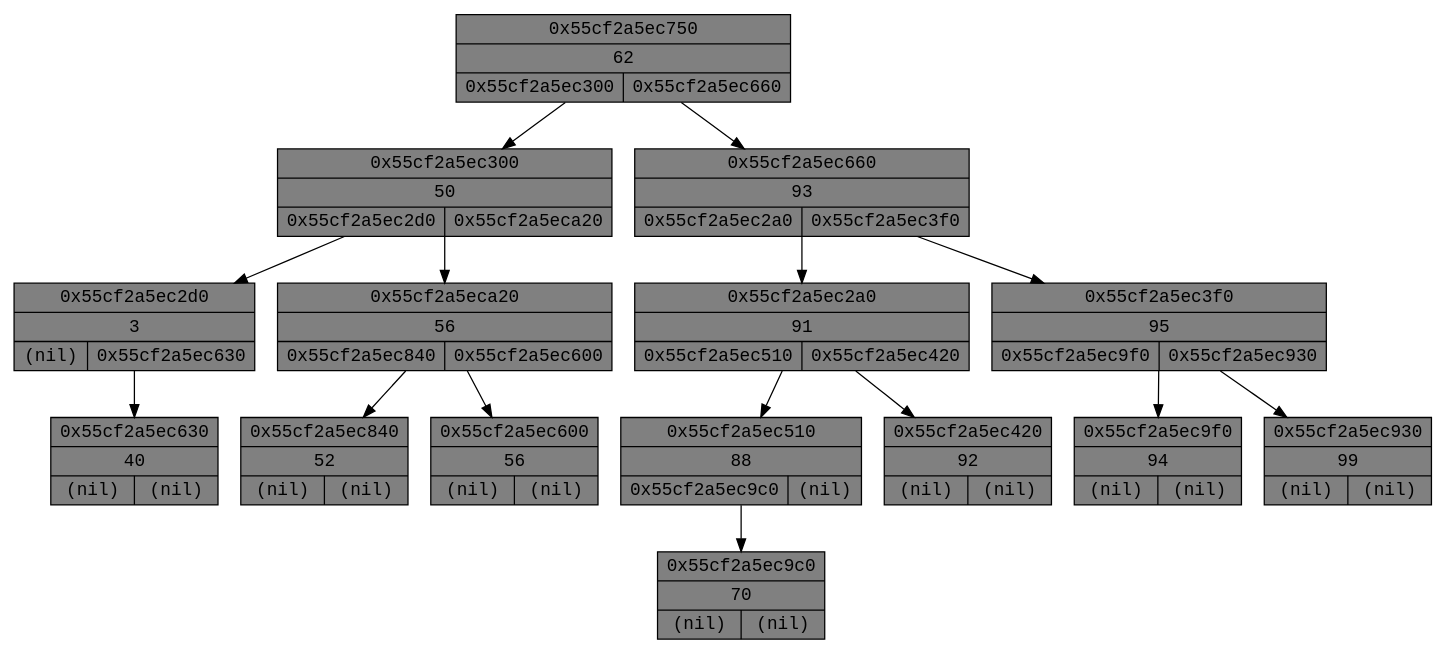
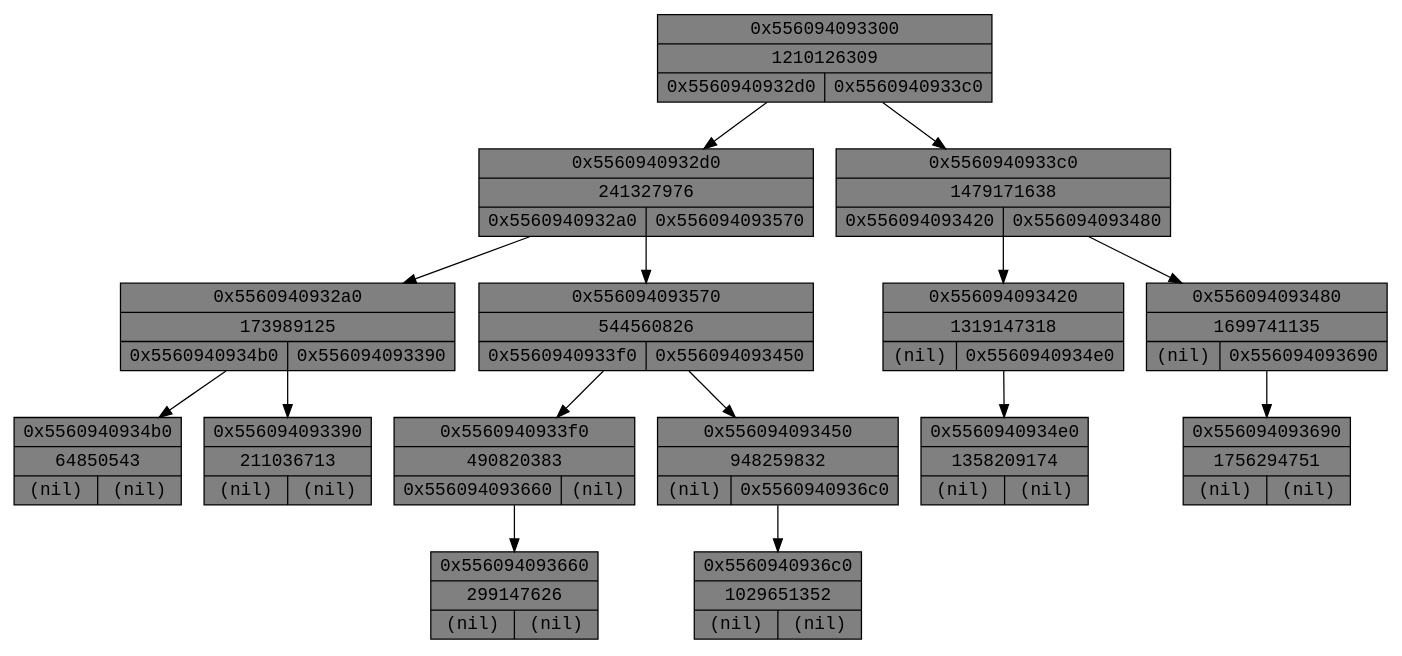
The diagram in relatorio-2/fontes/2.arvore-avl/tree_avl.dot (AndersonAzeved/Estrutura-Dados), drawn with Graphviz before and after one commit. The commit also changed 3 other files, not shown here.

```diff
--- a/relatorio-2/fontes/2.arvore-avl/tree_avl.dot
+++ b/relatorio-2/fontes/2.arvore-avl/tree_avl.dot
@@ -1,39 +1,39 @@
 digraph G
 {
   node
   [
     fontname=Monospace
     shape=record
     style=filled
     fillcolor=grey
   ];
-  "0x55cf2a5ec2d0" [label="{0x55cf2a5ec2d0|3|{(nil)|0x55cf2a5ec630}}"];
-  "0x55cf2a5ec2d0" -> "0x55cf2a5ec630";
-  "0x55cf2a5ec630" [label="{0x55cf2a5ec630|40|{(nil)|(nil)}}"];
-  "0x55cf2a5ec300" [label="{0x55cf2a5ec300|50|{0x55cf2a5ec2d0|0x55cf2a5eca20}}"];
-  "0x55cf2a5ec300" -> "0x55cf2a5ec2d0";
-  "0x55cf2a5ec300" -> "0x55cf2a5eca20";
-  "0x55cf2a5ec840" [label="{0x55cf2a5ec840|52|{(nil)|(nil)}}"];
-  "0x55cf2a5eca20" [label="{0x55cf2a5eca20|56|{0x55cf2a5ec840|0x55cf2a5ec600}}"];
-  "0x55cf2a5eca20" -> "0x55cf2a5ec840";
-  "0x55cf2a5eca20" -> "0x55cf2a5ec600";
-  "0x55cf2a5ec600" [label="{0x55cf2a5ec600|56|{(nil)|(nil)}}"];
-  "0x55cf2a5ec750" [label="{0x55cf2a5ec750|62|{0x55cf2a5ec300|0x55cf2a5ec660}}"];
-  "0x55cf2a5ec750" -> "0x55cf2a5ec300";
-  "0x55cf2a5ec750" -> "0x55cf2a5ec660";
-  "0x55cf2a5ec9c0" [label="{0x55cf2a5ec9c0|70|{(nil)|(nil)}}"];
-  "0x55cf2a5ec510" [label="{0x55cf2a5ec510|88|{0x55cf2a5ec9c0|(nil)}}"];
-  "0x55cf2a5ec510" -> "0x55cf2a5ec9c0";
-  "0x55cf2a5ec2a0" [label="{0x55cf2a5ec2a0|91|{0x55cf2a5ec510|0x55cf2a5ec420}}"];
-  "0x55cf2a5ec2a0" -> "0x55cf2a5ec510";
-  "0x55cf2a5ec2a0" -> "0x55cf2a5ec420";
-  "0x55cf2a5ec420" [label="{0x55cf2a5ec420|92|{(nil)|(nil)}}"];
-  "0x55cf2a5ec660" [label="{0x55cf2a5ec660|93|{0x55cf2a5ec2a0|0x55cf2a5ec3f0}}"];
-  "0x55cf2a5ec660" -> "0x55cf2a5ec2a0";
-  "0x55cf2a5ec660" -> "0x55cf2a5ec3f0";
-  "0x55cf2a5ec9f0" [label="{0x55cf2a5ec9f0|94|{(nil)|(nil)}}"];
-  "0x55cf2a5ec3f0" [label="{0x55cf2a5ec3f0|95|{0x55cf2a5ec9f0|0x55cf2a5ec930}}"];
-  "0x55cf2a5ec3f0" -> "0x55cf2a5ec9f0";
-  "0x55cf2a5ec3f0" -> "0x55cf2a5ec930";
-  "0x55cf2a5ec930" [label="{0x55cf2a5ec930|99|{(nil)|(nil)}}"];
+  "0x5560940934b0" [label="{0x5560940934b0|64850543|{(nil)|(nil)}}"];
+  "0x5560940932a0" [label="{0x5560940932a0|173989125|{0x5560940934b0|0x556094093390}}"];
+  "0x5560940932a0" -> "0x5560940934b0";
+  "0x5560940932a0" -> "0x556094093390";
+  "0x556094093390" [label="{0x556094093390|211036713|{(nil)|(nil)}}"];
+  "0x5560940932d0" [label="{0x5560940932d0|241327976|{0x5560940932a0|0x556094093570}}"];
+  "0x5560940932d0" -> "0x5560940932a0";
+  "0x5560940932d0" -> "0x556094093570";
+  "0x556094093660" [label="{0x556094093660|299147626|{(nil)|(nil)}}"];
+  "0x5560940933f0" [label="{0x5560940933f0|490820383|{0x556094093660|(nil)}}"];
+  "0x5560940933f0" -> "0x556094093660";
+  "0x556094093570" [label="{0x556094093570|544560826|{0x5560940933f0|0x556094093450}}"];
+  "0x556094093570" -> "0x5560940933f0";
+  "0x556094093570" -> "0x556094093450";
+  "0x556094093450" [label="{0x556094093450|948259832|{(nil)|0x5560940936c0}}"];
+  "0x556094093450" -> "0x5560940936c0";
+  "0x5560940936c0" [label="{0x5560940936c0|1029651352|{(nil)|(nil)}}"];
+  "0x556094093300" [label="{0x556094093300|1210126309|{0x5560940932d0|0x5560940933c0}}"];
+  "0x556094093300" -> "0x5560940932d0";
+  "0x556094093300" -> "0x5560940933c0";
+  "0x556094093420" [label="{0x556094093420|1319147318|{(nil)|0x5560940934e0}}"];
+  "0x556094093420" -> "0x5560940934e0";
+  "0x5560940934e0" [label="{0x5560940934e0|1358209174|{(nil)|(nil)}}"];
+  "0x5560940933c0" [label="{0x5560940933c0|1479171638|{0x556094093420|0x556094093480}}"];
+  "0x5560940933c0" -> "0x556094093420";
+  "0x5560940933c0" -> "0x556094093480";
+  "0x556094093480" [label="{0x556094093480|1699741135|{(nil)|0x556094093690}}"];
+  "0x556094093480" -> "0x556094093690";
+  "0x556094093690" [label="{0x556094093690|1756294751|{(nil)|(nil)}}"];
 }
```
